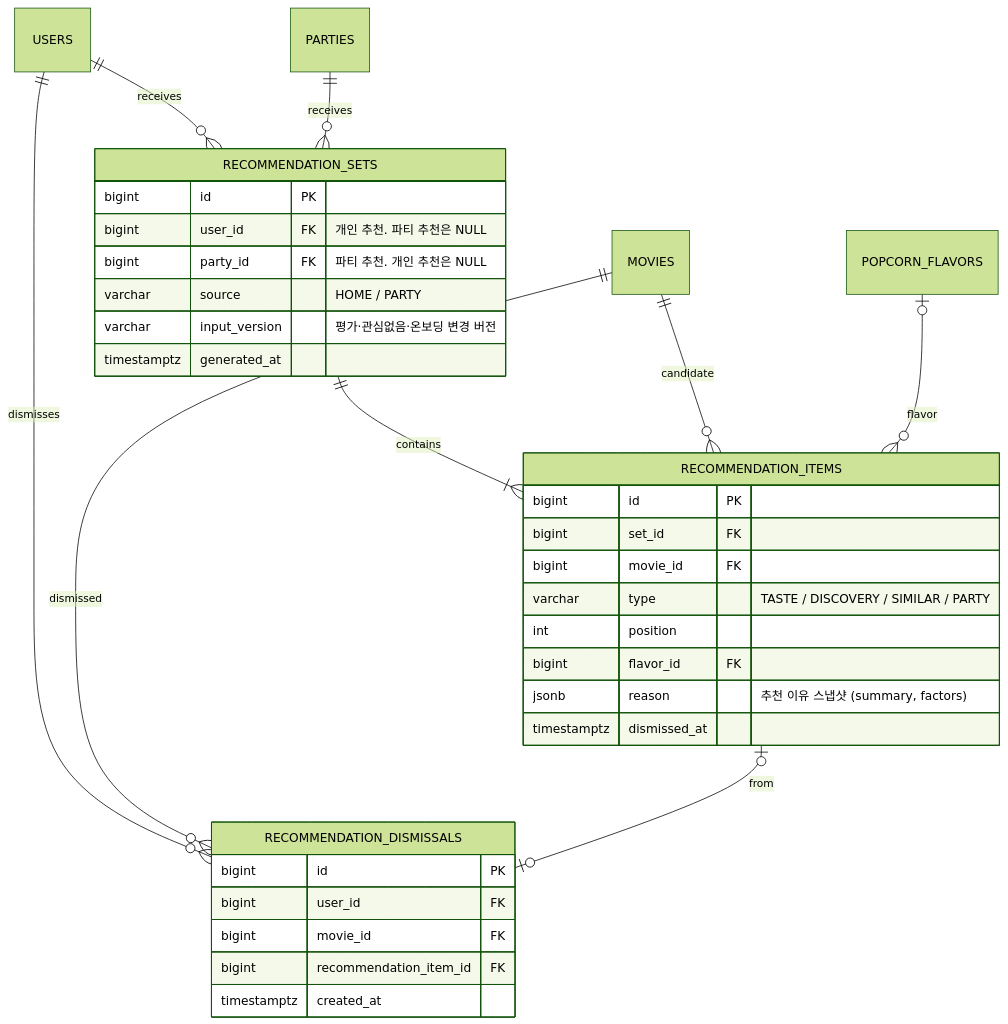
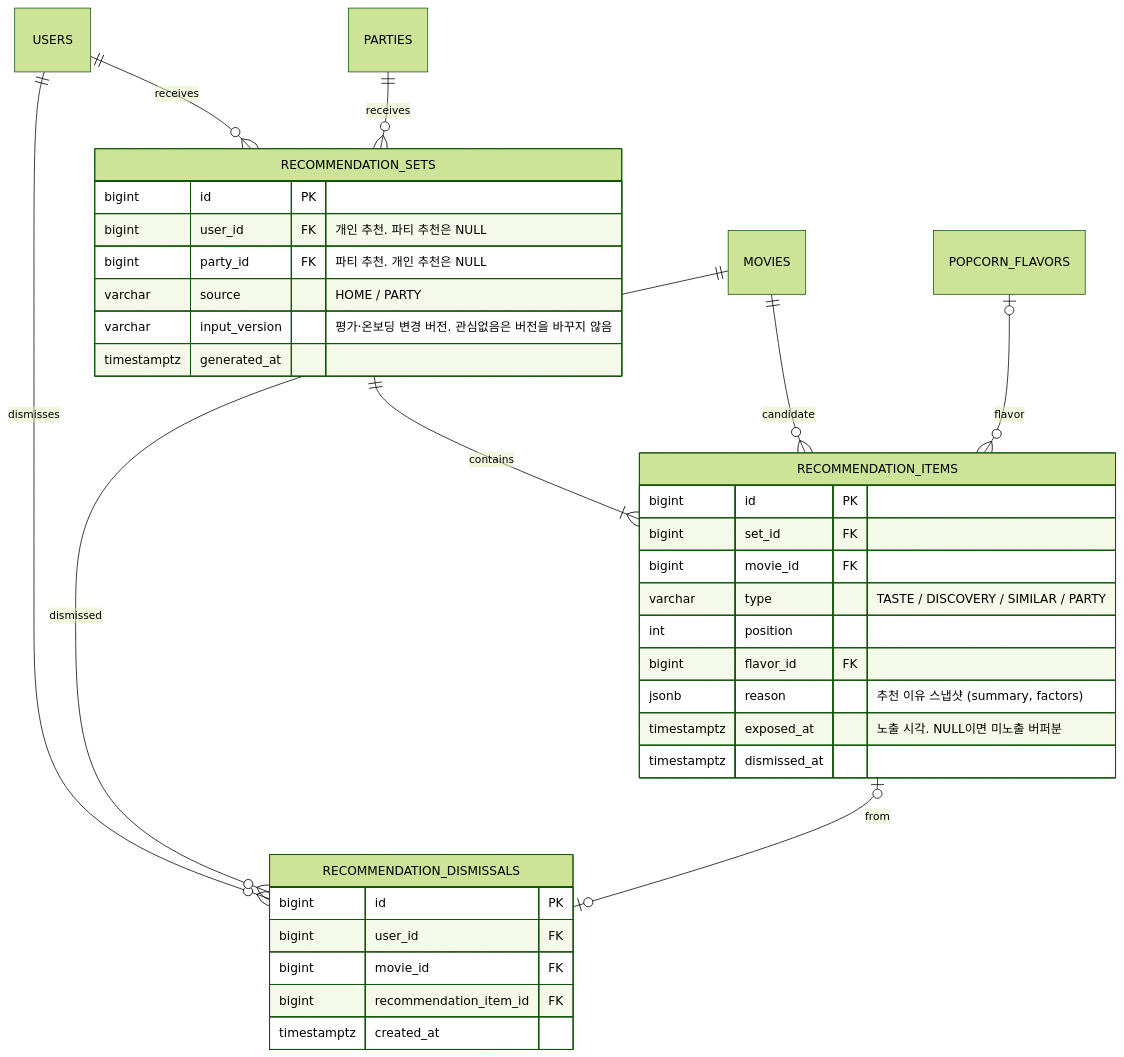
One commit to koongya-studio/feelm changed the fifth of 8 diagrams in docs/erd.md. Above: the diagram before and after it, drawn with Mermaid (forest theme). The commit also changed other lines of this file and 4 other files, not shown here.

````diff
--- a/docs/erd.md
+++ b/docs/erd.md
@@ -310,37 +310,38 @@
 ```mermaid
 erDiagram
     RECOMMENDATION_SETS {
         bigint id PK
         bigint user_id FK "개인 추천. 파티 추천은 NULL"
         bigint party_id FK "파티 추천. 개인 추천은 NULL"
         varchar source "HOME / PARTY"
-        varchar input_version "평가·관심없음·온보딩 변경 버전"
+        varchar input_version "평가·온보딩 변경 버전. 관심없음은 버전을 바꾸지 않음"
         timestamptz generated_at
     }
     RECOMMENDATION_ITEMS {
         bigint id PK
         bigint set_id FK
         bigint movie_id FK
         varchar type "TASTE / DISCOVERY / SIMILAR / PARTY"
         int position
         bigint flavor_id FK
         jsonb reason "추천 이유 스냅샷 (summary, factors)"
+        timestamptz exposed_at "노출 시각. NULL이면 미노출 버퍼분"
         timestamptz dismissed_at
     }
     RECOMMENDATION_DISMISSALS {
         bigint id PK
         bigint user_id FK
         bigint movie_id FK
         bigint recommendation_item_id FK
         timestamptz created_at
     }
 
     USERS ||--o{ RECOMMENDATION_SETS : receives
     PARTIES ||--o{ RECOMMENDATION_SETS : receives
     RECOMMENDATION_SETS ||--|{ RECOMMENDATION_ITEMS : contains
     MOVIES ||--o{ RECOMMENDATION_ITEMS : candidate
     POPCORN_FLAVORS o|--o{ RECOMMENDATION_ITEMS : flavor
     USERS ||--o{ RECOMMENDATION_DISMISSALS : dismisses
     MOVIES ||--o{ RECOMMENDATION_DISMISSALS : dismissed
     RECOMMENDATION_ITEMS o|--o| RECOMMENDATION_DISMISSALS : from
 ```
````
